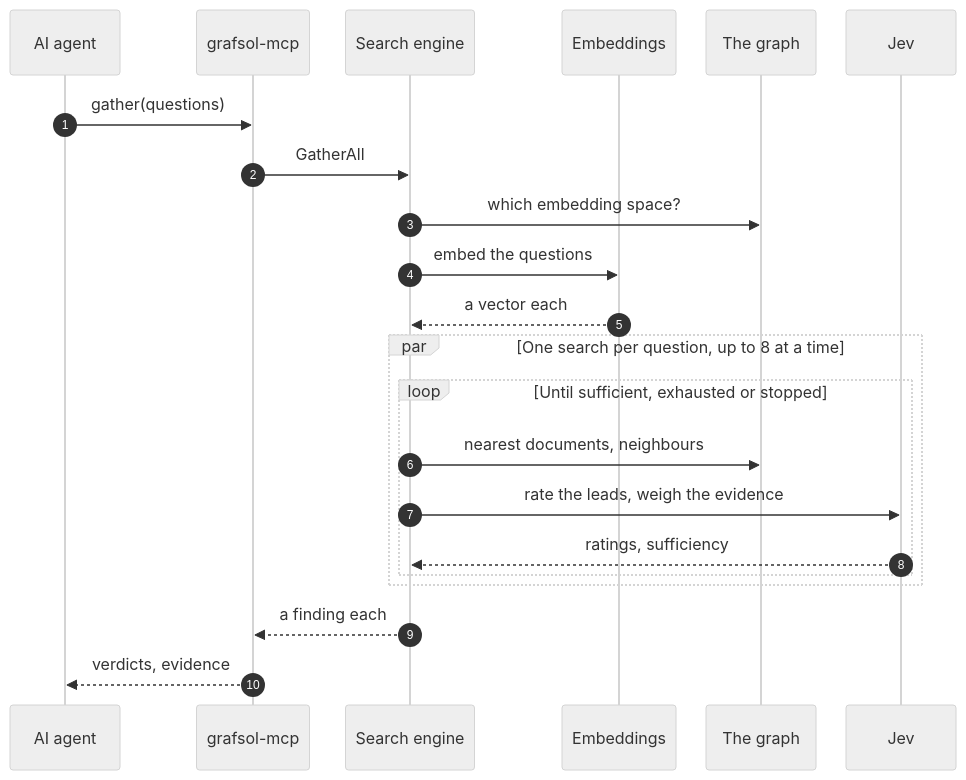
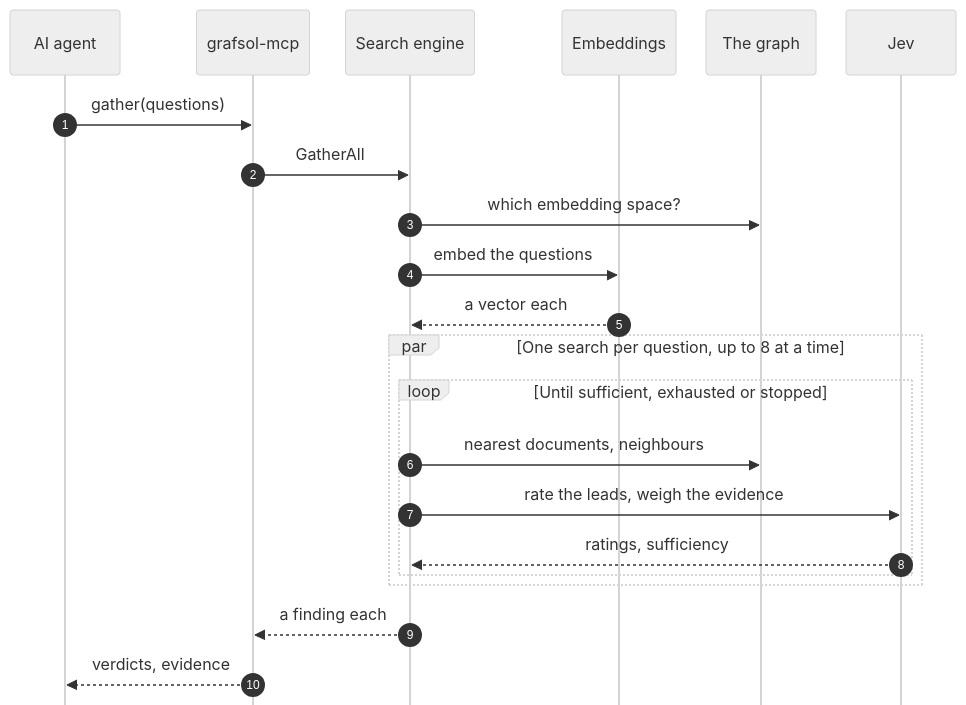
The sixth of 7 diagrams in README.md (umran/grafsol), drawn with Mermaid (neutral theme) before and after one commit. The commit also changed other lines of this file, not shown here.

First line of the commit message:
Keep the diagrams clear of GitHub's zoom buttons

````diff
--- a/README.md
+++ b/README.md
@@ -310,28 +340,28 @@
 ```mermaid
-%%{init: {"sequence": {"width": 110, "actorMargin": 30}}}%%
+%%{init: {"sequence": {"width": 110, "actorMargin": 30, "mirrorActors": false}}}%%
 sequenceDiagram
     autonumber
     participant A as AI agent
     participant M as grafsol-mcp
     participant E as Search engine
     participant V as Embeddings
     participant G as The graph
     participant J as Jev
 
     A->>M: gather(questions)
     M->>E: GatherAll
     E->>G: which embedding space?
     E->>V: embed the questions
     V-->>E: a vector each
 
     par One search per question, up to 8 at a time
         loop Until sufficient, exhausted or stopped
             E->>G: nearest documents, neighbours
             E->>J: rate the leads, weigh the evidence
             J-->>E: ratings, sufficiency
         end
     end
 
     E-->>M: a finding each
     M-->>A: verdicts, evidence
 ```
````
